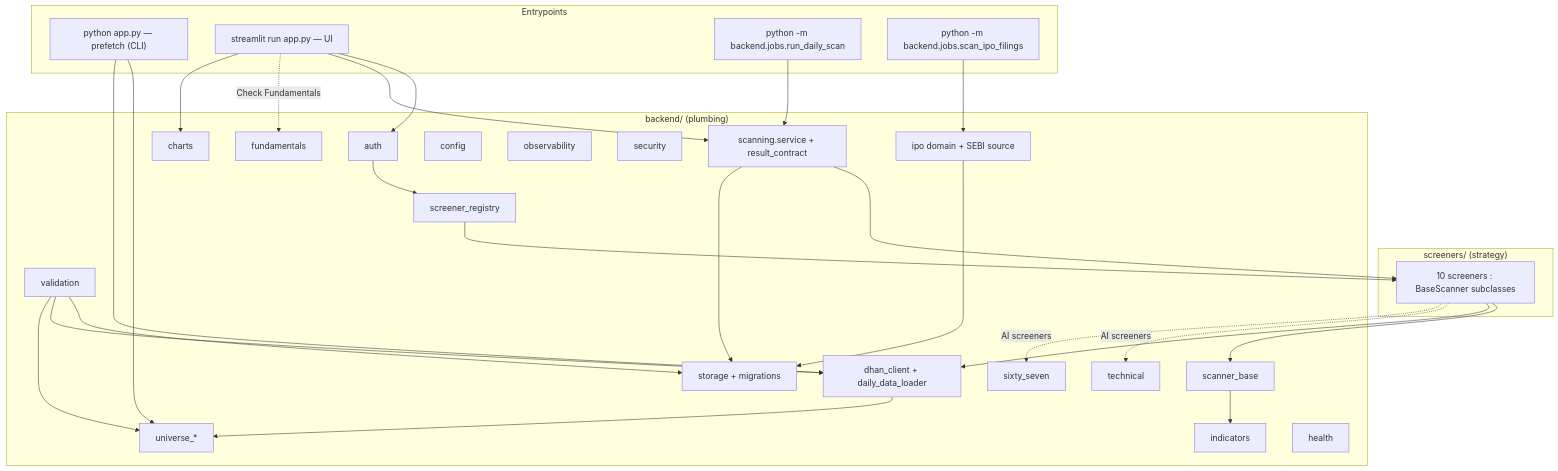
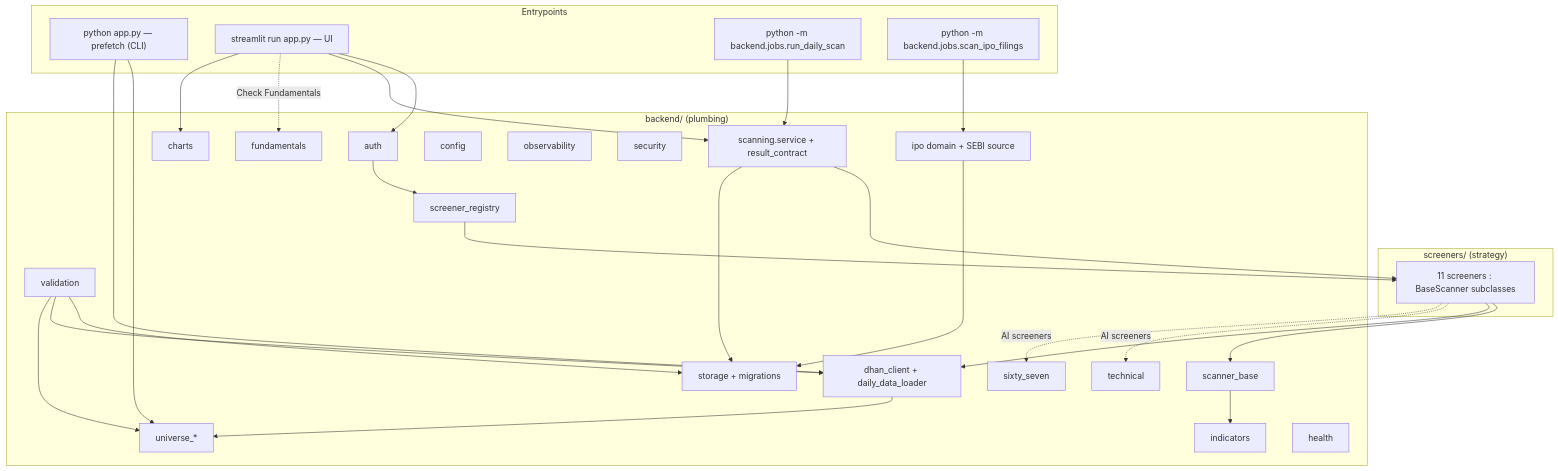
One commit to DoRmAmMu1997/Streamlit-Scanner-App changed the second of 7 diagrams in docs/architecture/high-level-design.md. Above: the diagram before and after it, drawn with Mermaid. The commit also changed other lines of this file and 10 other files, not shown here.

````diff
--- a/docs/architecture/high-level-design.md
+++ b/docs/architecture/high-level-design.md
@@ -91,32 +91,32 @@
 ```mermaid
 flowchart TB
     subgraph Entrypoints
       PRE["python app.py — prefetch (CLI)"]
       UI["streamlit run app.py — UI"]
       JOB["python -m backend.jobs.run_daily_scan"]
       IPOJOB["python -m backend.jobs.scan_ipo_filings"]
     end
     subgraph Strategy["screeners/ (strategy)"]
-      SCR["10 screeners : BaseScanner subclasses"]
+      SCR["11 screeners : BaseScanner subclasses"]
     end
     subgraph Backend["backend/ (plumbing)"]
       REG["screener_registry"]; BASE["scanner_base"]; IND["indicators"]
       DATA["dhan_client + daily_data_loader"]; UNI["universe_*"]
       SVC["scanning.service + result_contract"]; VAL["validation"]; STORE["storage + migrations"]
       IPO["ipo domain + SEBI source"]
       AIF["fundamentals"]; AIT["technical"]; AI67["sixty_seven"]
       CH["charts"]; AUTH["auth"]; CFG["config"]; OBS["observability"]; SEC["security"]; HLT["health"]
     end
     PRE --> UNI & DATA
     UI --> AUTH --> REG --> SCR
     UI --> SVC; JOB --> SVC
     IPOJOB --> IPO --> STORE
     SCR --> BASE --> IND
     SVC --> SCR --> DATA --> UNI
     SVC --> STORE
     VAL --> STORE & DATA & UNI
     SCR -. AI screeners .-> AIT & AI67
     UI -. Check Fundamentals .-> AIF
     UI --> CH
     CFG & OBS & SEC --- Backend
 ```
````
